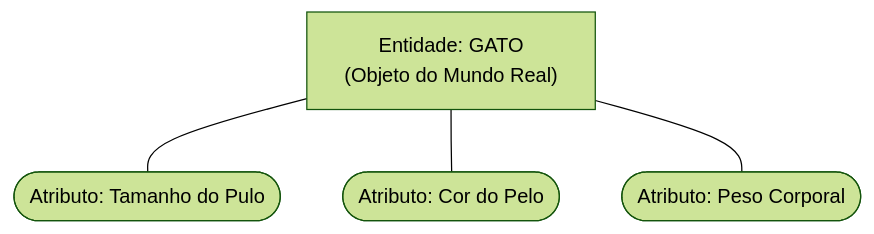
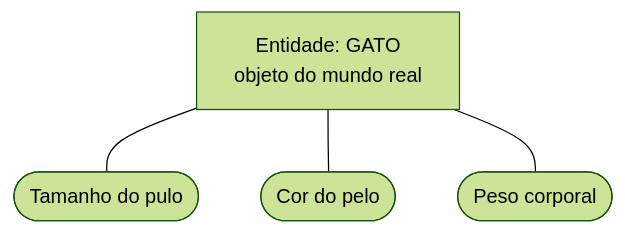
One commit to leorruas/puc changed the first of 6 diagrams in 02. Modelagem de Dados/05. Modelagem de entidades e tipos de atributos.md. Above: the diagram before and after it, drawn with Mermaid (forest theme). The commit also changed other lines of this file, not shown here.

Commit message:
Normaliza diagramas de entidades e atributos

````diff
--- a/02. Modelagem de Dados/05. Modelagem de entidades e tipos de atributos.md
+++ b/02. Modelagem de Dados/05. Modelagem de entidades e tipos de atributos.md
@@ -45,11 +45,11 @@
 ```mermaid
 flowchart TD
-    Gato["Entidade: GATO<br>(Objeto do Mundo Real)"]
-    Pulo(["Atributo: Tamanho do Pulo"])
-    Cor(["Atributo: Cor do Pelo"])
-    Peso(["Atributo: Peso Corporal"])
+    Gato["Entidade: GATO<br>objeto do mundo real"]:::core
+    Pulo(["Tamanho do pulo"]):::data
+    Cor(["Cor do pelo"]):::data
+    Peso(["Peso corporal"]):::data
 
     Gato --- Pulo
     Gato --- Cor
     Gato --- Peso
 ```
````
